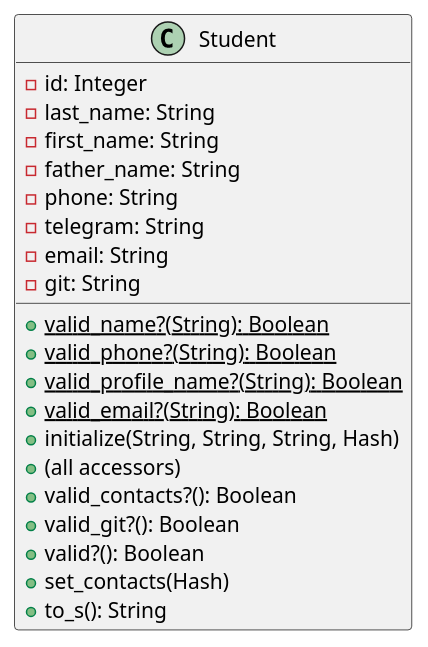
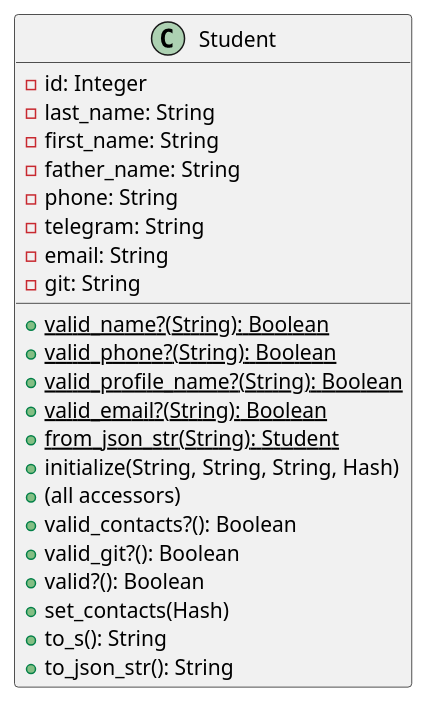
One commit to r1411/PatternsLabs changed the diagram in Diagrams/lab2.puml. Above: the diagram before and after it, drawn with PlantUML. The commit also changed 2 other files, not shown here.

```diff
--- a/Diagrams/lab2.puml
+++ b/Diagrams/lab2.puml
@@ -1,26 +1,28 @@
 @startuml
 'https://plantuml.com/class-diagram
 
 class Student {
     -id: Integer
     -last_name: String
     -first_name: String
     -father_name: String
     -phone: String
     -telegram: String
     -email: String
     -git: String
     +{static}valid_name?(String): Boolean
     +{static}valid_phone?(String): Boolean
     +{static}valid_profile_name?(String): Boolean
     +{static}valid_email?(String): Boolean
+    +{static}from_json_str(String): Student
     +initialize(String, String, String, Hash)
     +(all accessors)
     +valid_contacts?(): Boolean
     +valid_git?(): Boolean
     +valid?(): Boolean
     +set_contacts(Hash)
     +to_s(): String
+    +to_json_str(): String
 }
 
 @enduml
```
